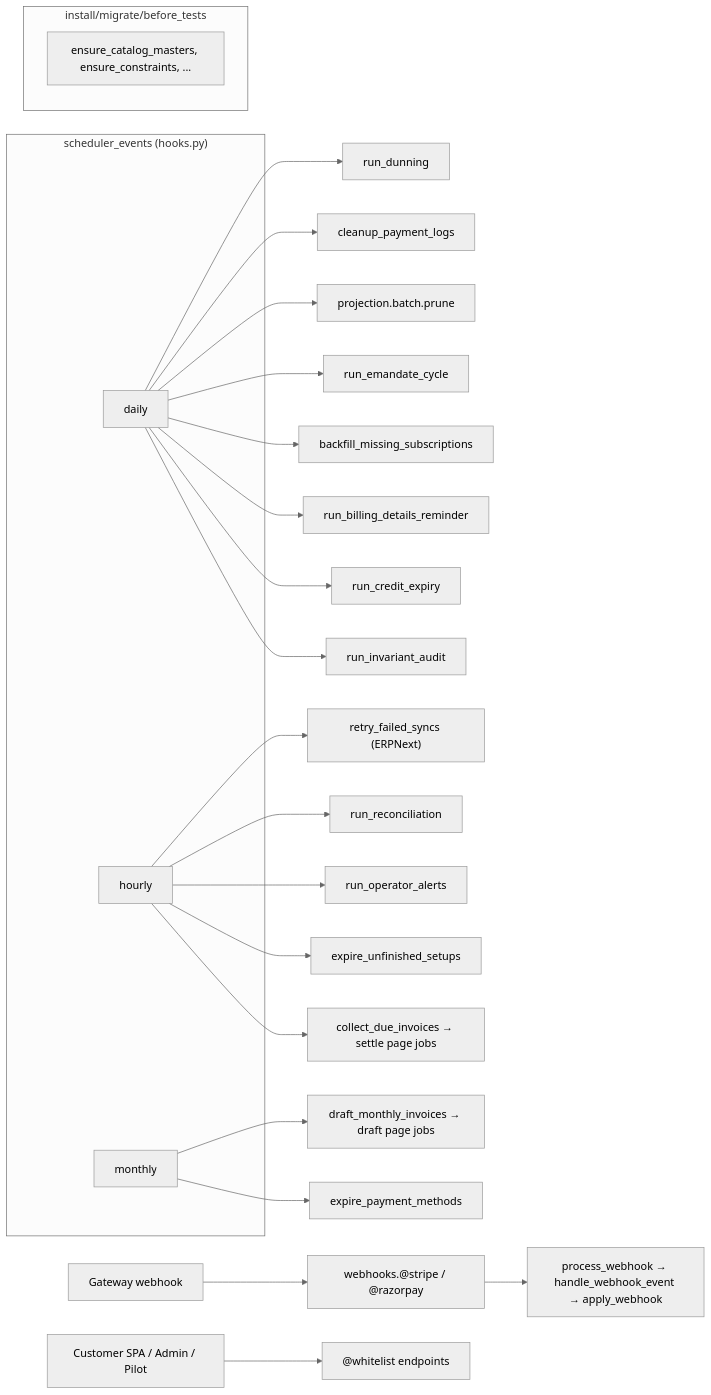
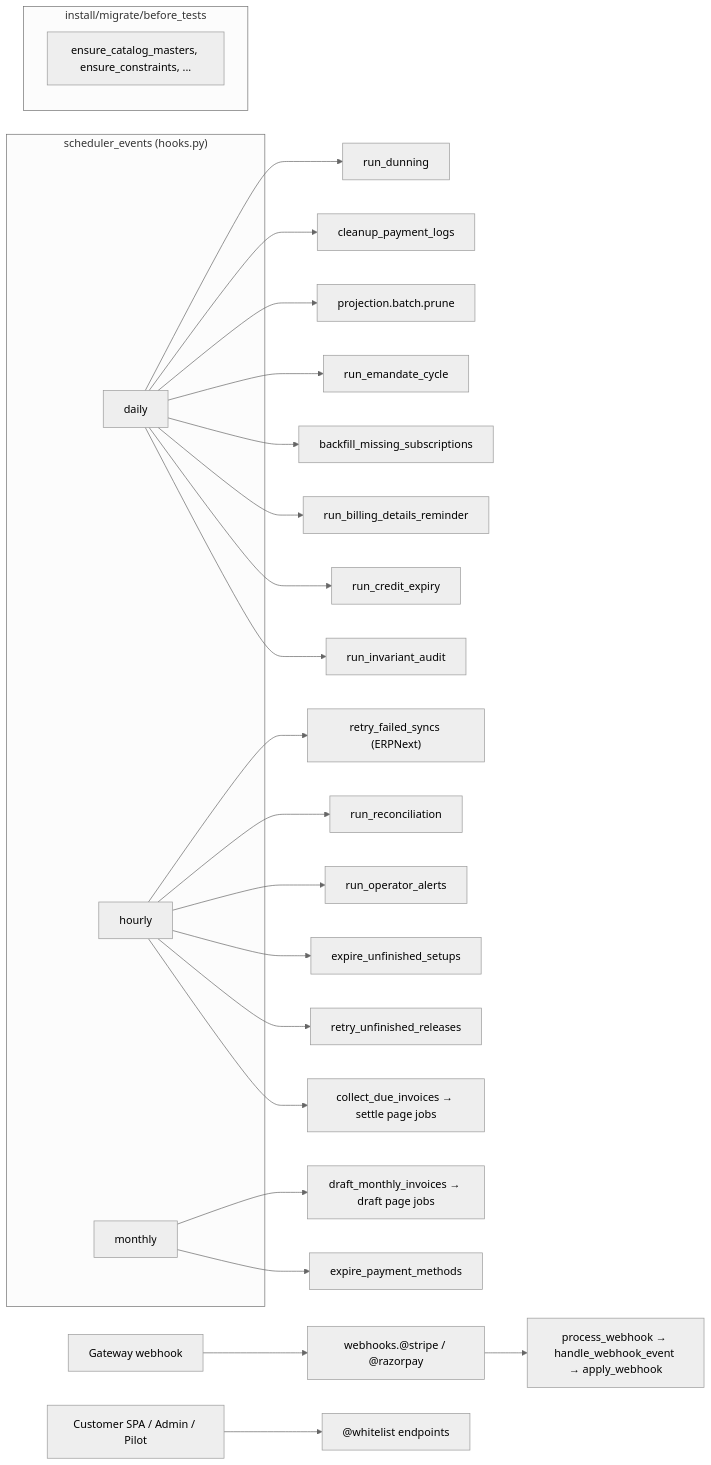
The third of 8 diagrams in central/billing/ARCHITECTURE.md (frappe/central), drawn with Mermaid (neutral theme) before and after one commit. The commit also changed other lines of this file and 9 other files, not shown here.

````diff
--- a/central/billing/ARCHITECTURE.md
+++ b/central/billing/ARCHITECTURE.md
@@ -215,31 +215,32 @@
 ```mermaid
 flowchart LR
     subgraph SCHED["scheduler_events (hooks.py)"]
         D1["daily"]
         H1["hourly"]
         M1["monthly"]
     end
     D1 --> RD["run_dunning"]
     D1 --> CP["cleanup_payment_logs"]
     D1 --> PR["projection.batch.prune"]
     D1 --> EM["run_emandate_cycle"]
     D1 --> BF["backfill_missing_subscriptions"]
     D1 --> BR["run_billing_details_reminder"]
     D1 --> CE["run_credit_expiry"]
     D1 --> IA["run_invariant_audit"]
     H1 --> RF["retry_failed_syncs (ERPNext)"]
     H1 --> RR["run_reconciliation"]
     H1 --> OA["run_operator_alerts"]
     H1 --> SE["expire_unfinished_setups"]
+    H1 --> SR["retry_unfinished_releases"]
     M1 --> DMI["draft_monthly_invoices → draft page jobs"]
     M1 --> EX["expire_payment_methods"]
     H1 --> CDI["collect_due_invoices → settle page jobs"]
 
     subgraph INSTALL["install/migrate/before_tests"]
         ECM["ensure_catalog_masters, ensure_constraints, ..."]
     end
 
     EXT["Gateway webhook"] --> WH["webhooks.@stripe / @razorpay"]
     WH --> PW["process_webhook → handle_webhook_event → apply_webhook"]
     UI["Customer SPA / Admin / Pilot"] --> API["@whitelist endpoints"]
 ```
````
